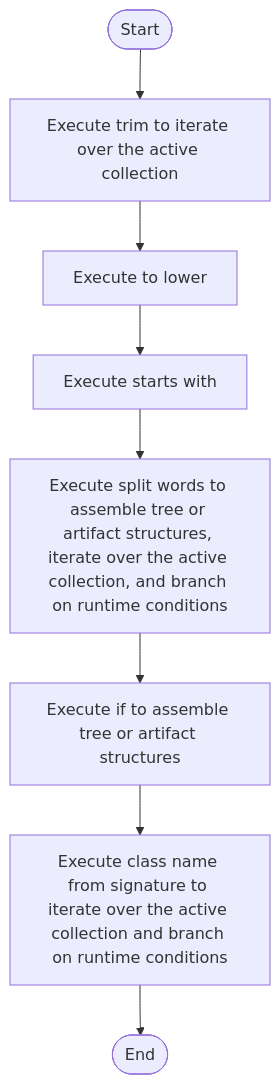
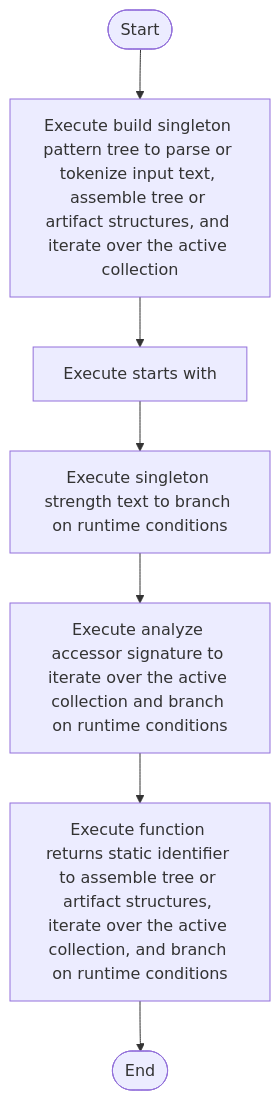
The diagram in docs/Codebase/Microservice/Modules/Source/Creational/Singleton/singleton_pattern_logic.cpp.md (JohnAndrewBalbarosa/NeoTerritory), drawn with Mermaid before and after one commit. The commit also changed 148 other files, not shown here.

````diff
--- a/docs/Codebase/Microservice/Modules/Source/Creational/Singleton/singleton_pattern_logic.cpp.md
+++ b/docs/Codebase/Microservice/Modules/Source/Creational/Singleton/singleton_pattern_logic.cpp.md
@@ -36,18 +36,16 @@
 ```mermaid
 flowchart TD
     Start([Start])
-    N0[Execute trim to iterate over the active collection]
-    N1[Execute to lower]
-    N2[Execute starts with]
-    N3[Execute split words to assemble tree or artifact structures, iterate over the active collection, and branch on runtime conditions]
-    N4[Execute if to assemble tree or artifact structures]
-    N5[Execute class name from signature to iterate over the active collection and branch on runtime conditions]
+    N0[Execute build singleton pattern tree to parse or tokenize input text, assemble tree or artifact structures, and iterate over the active collection]
+    N1[Execute starts with]
+    N2[Execute singleton strength text to branch on runtime conditions]
+    N3[Execute analyze accessor signature to iterate over the active collection and branch on runtime conditions]
+    N4[Execute function returns static identifier to assemble tree or artifact structures, iterate over the active collection, and branch on runtime conditions]
     End([End])
     Start --> N0
     N0 --> N1
     N1 --> N2
     N2 --> N3
     N3 --> N4
-    N4 --> N5
-    N5 --> End
+    N4 --> End
 ```
````
